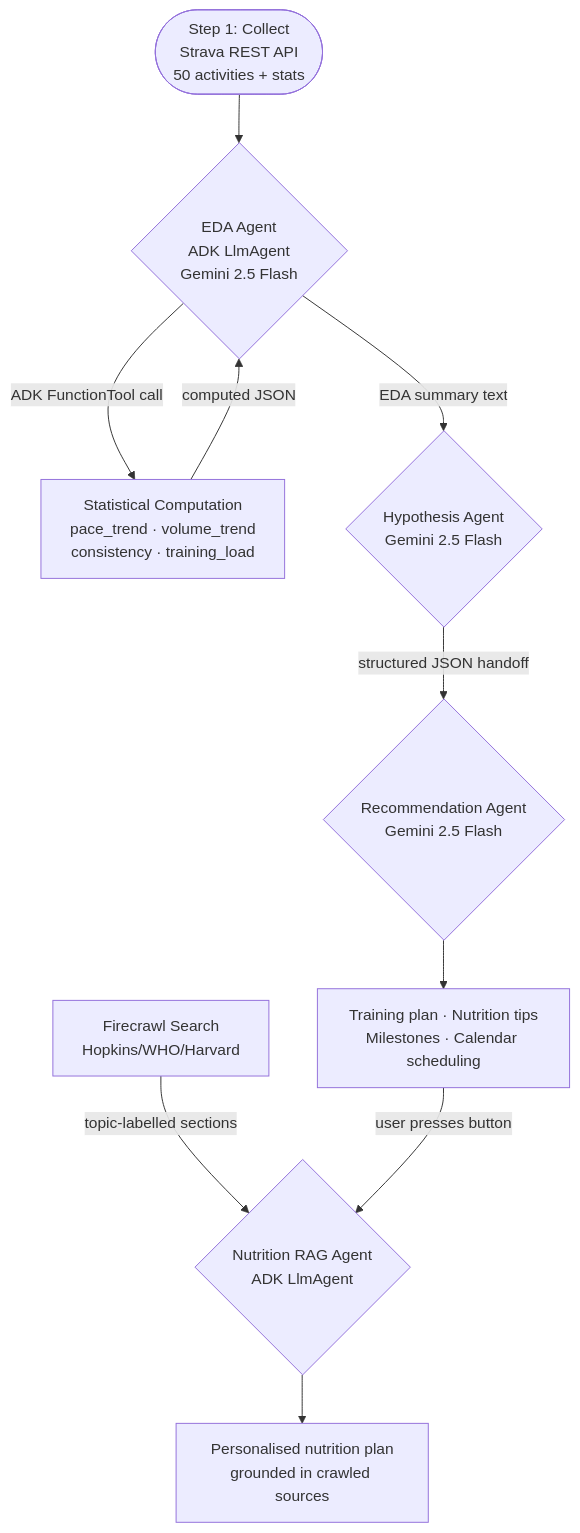
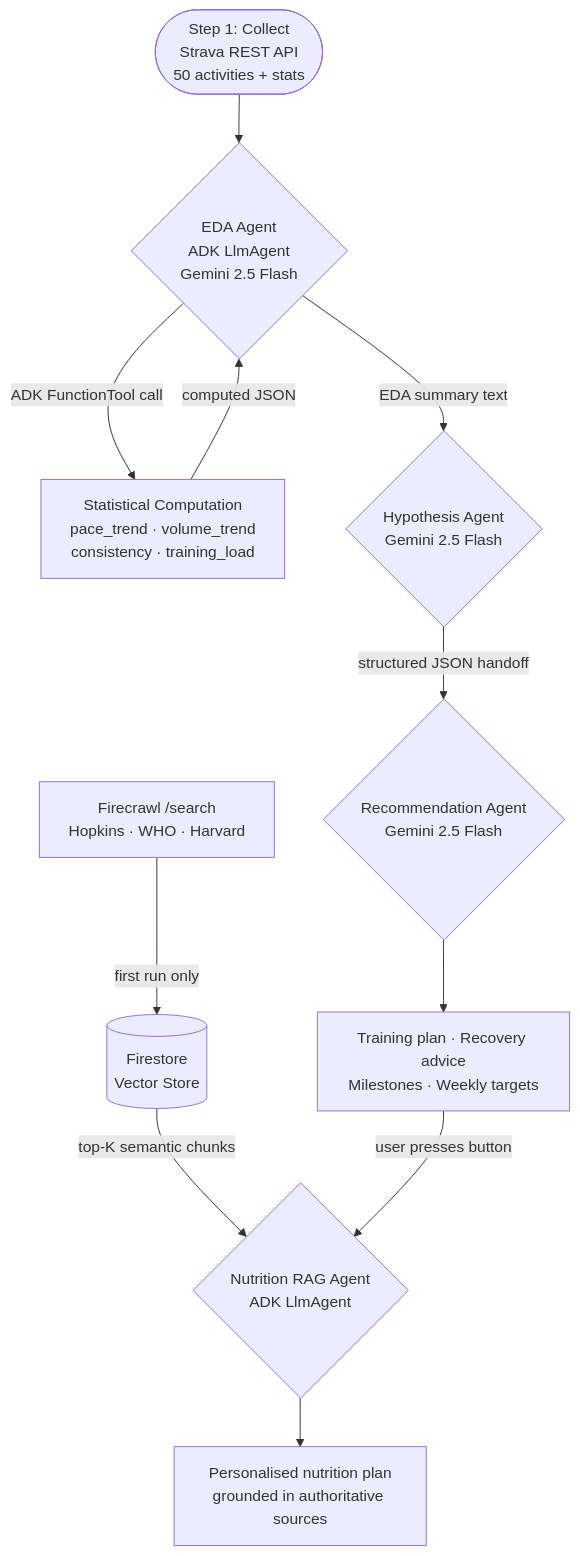
Before and after one commit to bhuvighosh3/HealthAnalyser: the second of 5 diagrams in README.md, drawn with Mermaid. The commit also changed other lines of this file and 3 other files, not shown here.

````diff
--- a/README.md
+++ b/README.md
@@ -80,20 +87,21 @@
 ```mermaid
 flowchart TD
     COLLECT([Step 1: Collect\nStrava REST API\n50 activities + stats]) --> EDA
 
     EDA{EDA Agent\nADK LlmAgent\nGemini 2.5 Flash}
     EDA -->|ADK FunctionTool call| TOOL[Statistical Computation\npace_trend · volume_trend\nconsistency · training_load]
     TOOL -->|computed JSON| EDA
     EDA -->|EDA summary text| HYP
 
     HYP{Hypothesis Agent\nGemini 2.5 Flash}
     HYP -->|structured JSON handoff| REC
 
     REC{Recommendation Agent\nGemini 2.5 Flash}
-    REC --> OUT[Training plan · Nutrition tips\nMilestones · Calendar scheduling]
+    REC --> OUT[Training plan · Recovery advice\nMilestones · Weekly targets]
 
     NUT{Nutrition RAG Agent\nADK LlmAgent}
-    Firecrawl[Firecrawl Search\nHopkins/WHO/Harvard] -->|topic-labelled sections| NUT
+    Firestore[(Firestore\nVector Store)] -->|top-K semantic chunks| NUT
+    FC[Firecrawl /search\nHopkins · WHO · Harvard] -->|first run only| Firestore
     OUT -->|user presses button| NUT
-    NUT --> NUTOUT[Personalised nutrition plan\ngrounded in crawled sources]
+    NUT --> NUTOUT[Personalised nutrition plan\ngrounded in authoritative sources]
 ```
````
